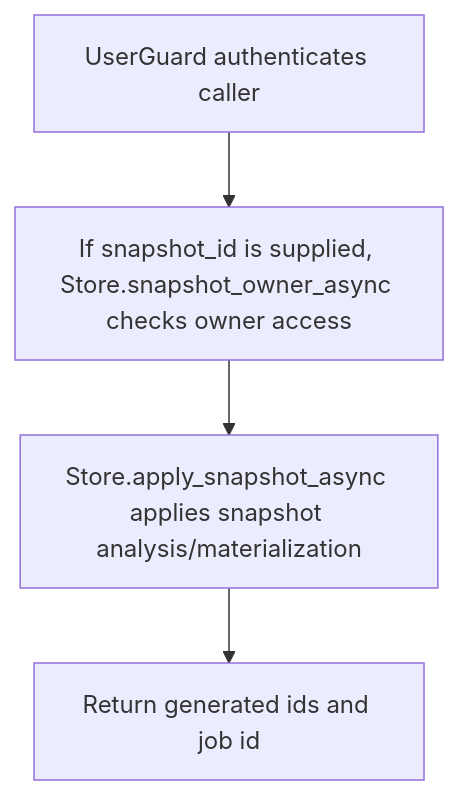
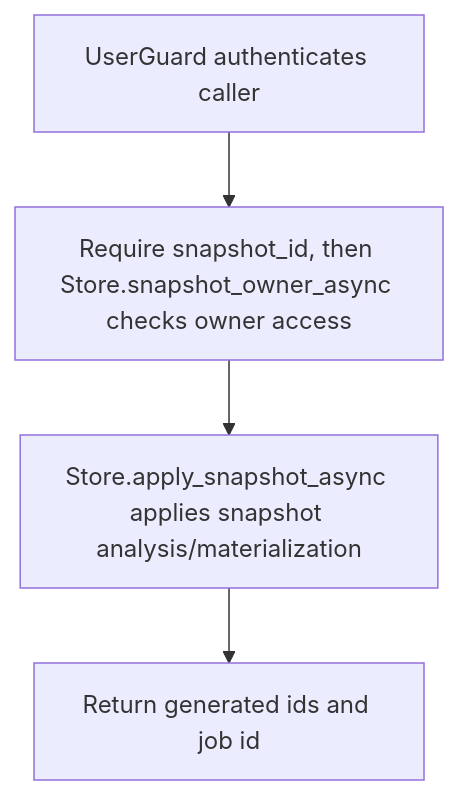
The diagram in doc/api/post_v1_state_structured_datasets_dataset_key_apply_snapshot.md (dickwu/nowledge), drawn with Mermaid before and after one commit. The commit also changed other lines of this file and 5 other files, not shown here.

````diff
--- a/doc/api/post_v1_state_structured_datasets_dataset_key_apply_snapshot.md
+++ b/doc/api/post_v1_state_structured_datasets_dataset_key_apply_snapshot.md
@@ -48,10 +50,10 @@
 ```mermaid
 flowchart TD
   n0["UserGuard authenticates caller"]
-  n1["If snapshot_id is supplied, Store.snapshot_owner_async checks owner access"]
+  n1["Require snapshot_id, then Store.snapshot_owner_async checks owner access"]
   n2["Store.apply_snapshot_async applies snapshot analysis/materialization"]
   n3["Return generated ids and job id"]
   n0 --> n1
   n1 --> n2
   n2 --> n3
 ```
````
